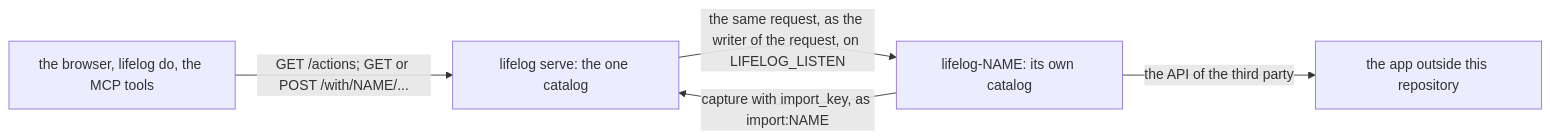
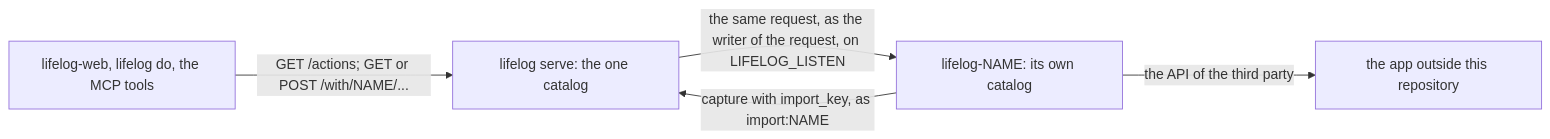
The third of 6 diagrams in extensions/README.md (alexradunet/aminte), drawn with Mermaid before and after one commit. The commit also changed other lines of this file and 13 other files, not shown here.

````diff
--- a/extensions/README.md
+++ b/extensions/README.md
@@ -118,7 +117,7 @@
 ```mermaid
 flowchart LR
-  B["the browser, lifelog do, the MCP tools"] -->|"GET /actions; GET or POST /with/NAME/..."| L["lifelog serve: the one catalog"]
+  B["lifelog-web, lifelog do, the MCP tools"] -->|"GET /actions; GET or POST /with/NAME/..."| L["lifelog serve: the one catalog"]
   L -->|"the same request, as the writer of the request, on LIFELOG_LISTEN"| A["lifelog-NAME: its own catalog"]
   A -->|"capture with import_key, as import:NAME"| L
   A -->|"the API of the third party"| T["the app outside this repository"]
 ```
````
